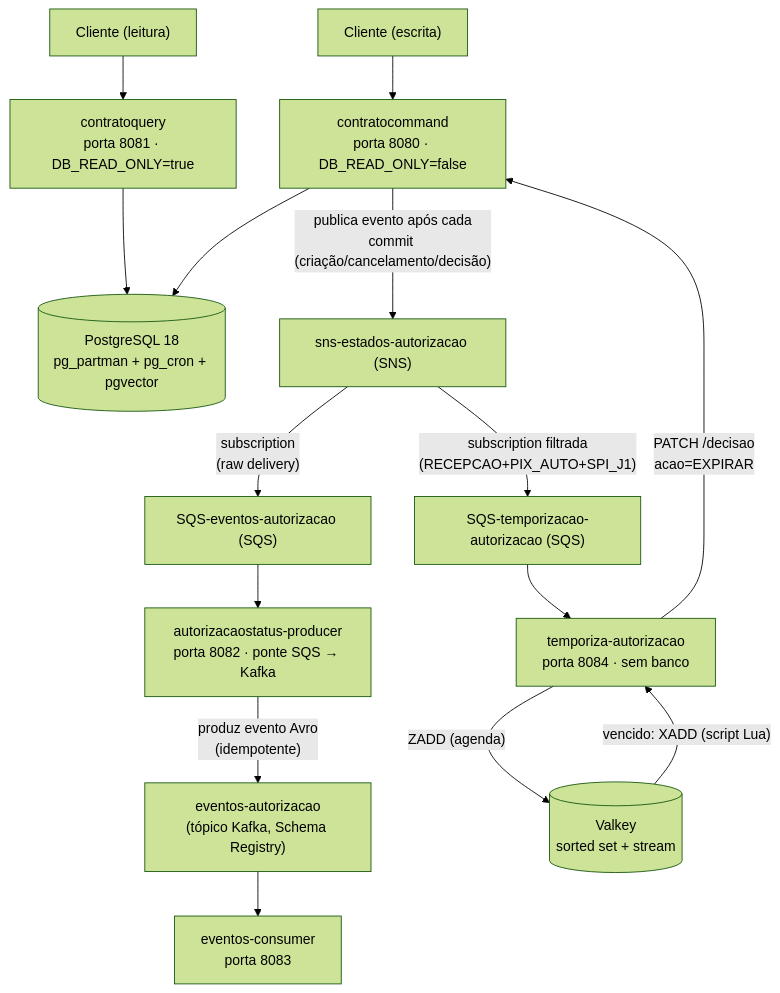
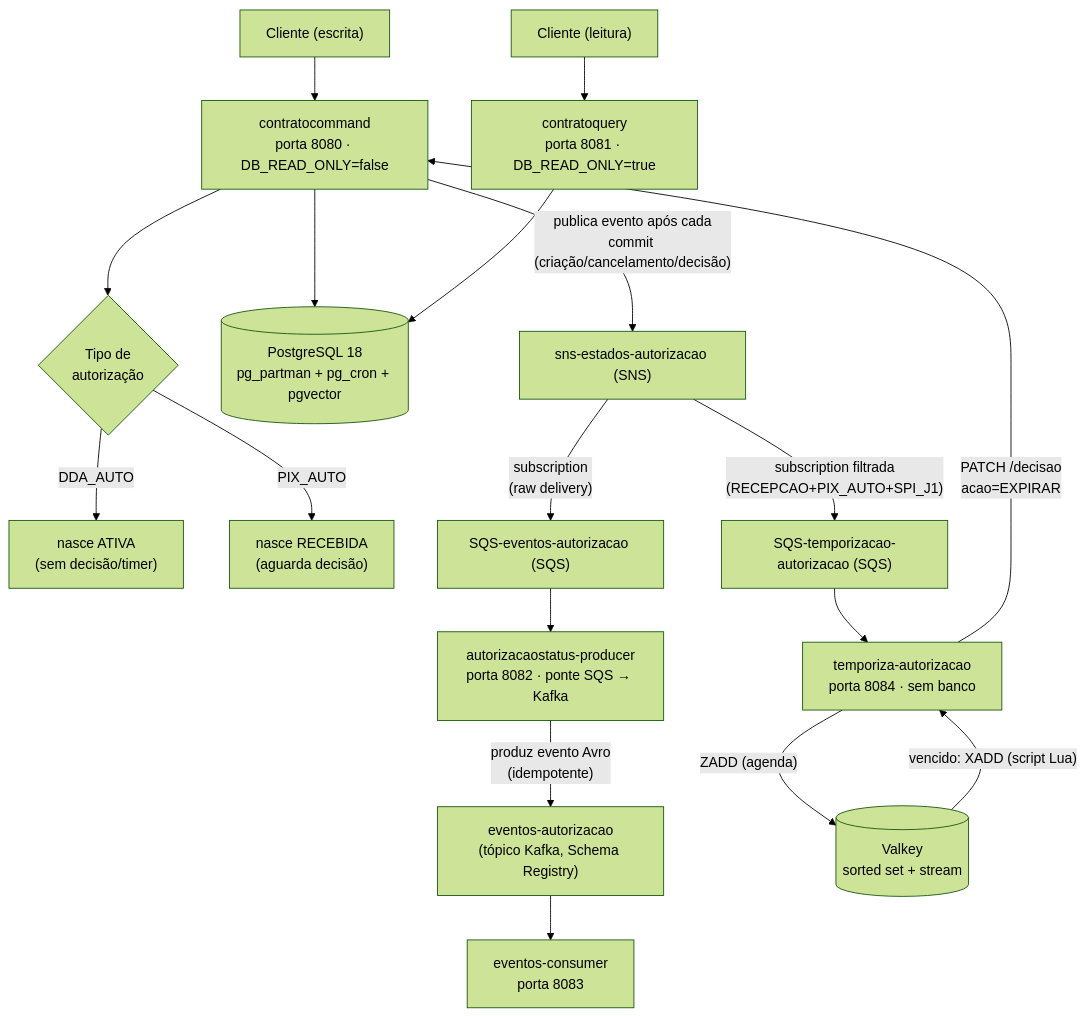
One commit to srportto/arj-pagrecorrentes-dbrelacional changed the first of 4 diagrams in README.md. Above: the diagram before and after it, drawn with Mermaid (forest theme). The commit also changed other lines of this file and 74 other files, not shown here.

````diff
--- a/README.md
+++ b/README.md
@@ -5,20 +5,24 @@
 ```mermaid
 flowchart TD
     ClienteEscrita["Cliente (escrita)"] --> Command["contratocommand<br/>porta 8080 · DB_READ_ONLY=false"]
     ClienteLeitura["Cliente (leitura)"] --> Query["contratoquery<br/>porta 8081 · DB_READ_ONLY=true"]
+
+    Command --> TipoAutorizacao{"Tipo de<br/>autorização"}
+    TipoAutorizacao -->|"DDA_AUTO"| DdaAtiva["nasce ATIVA<br/>(sem decisão/timer)"]
+    TipoAutorizacao -->|"PIX_AUTO"| PixRecebida["nasce RECEBIDA<br/>(aguarda decisão)"]
 
     Command --> Postgres[("PostgreSQL 18<br/>pg_partman + pg_cron + pgvector")]
     Query --> Postgres
 
     Command -->|"publica evento após cada<br/>commit (criação/cancelamento/decisão)"| SNS["sns-estados-autorizacao (SNS)"]
     SNS -->|"subscription<br/>(raw delivery)"| SQS["SQS-eventos-autorizacao (SQS)"]
     SQS --> Producer["autorizacaostatus-producer<br/>porta 8082 · ponte SQS → Kafka"]
     Producer -->|"produz evento Avro<br/>(idempotente)"| Kafka["eventos-autorizacao<br/>(tópico Kafka, Schema Registry)"]
     Kafka --> Consumer["eventos-consumer<br/>porta 8083"]
 
     SNS -->|"subscription filtrada<br/>(RECEPCAO+PIX_AUTO+SPI_J1)"| SQST["SQS-temporizacao-autorizacao (SQS)"]
     SQST --> Temporiza["temporiza-autorizacao<br/>porta 8084 · sem banco"]
     Temporiza -->|"ZADD (agenda)"| Valkey[("Valkey<br/>sorted set + stream")]
     Valkey -->|"vencido: XADD (script Lua)"| Temporiza
     Temporiza -->|"PATCH /decisao<br/>acao=EXPIRAR"| Command
 ```
````
